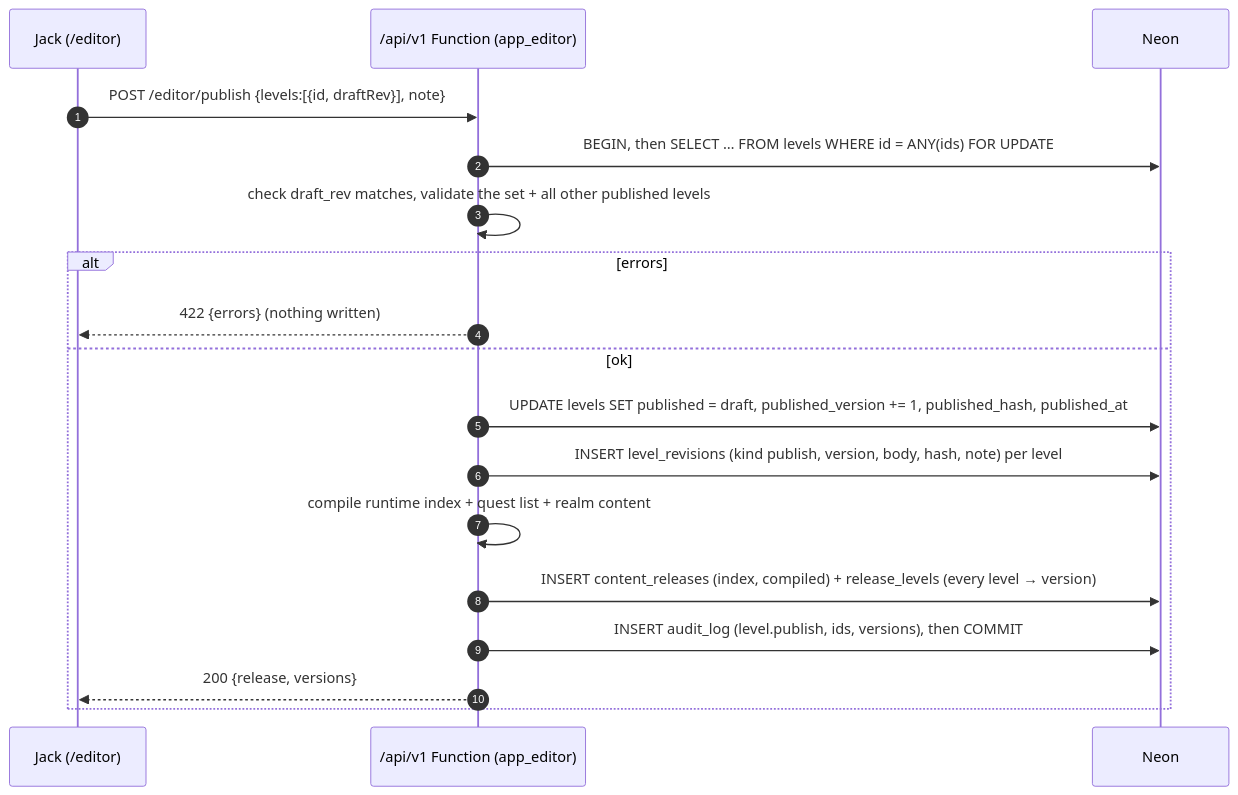
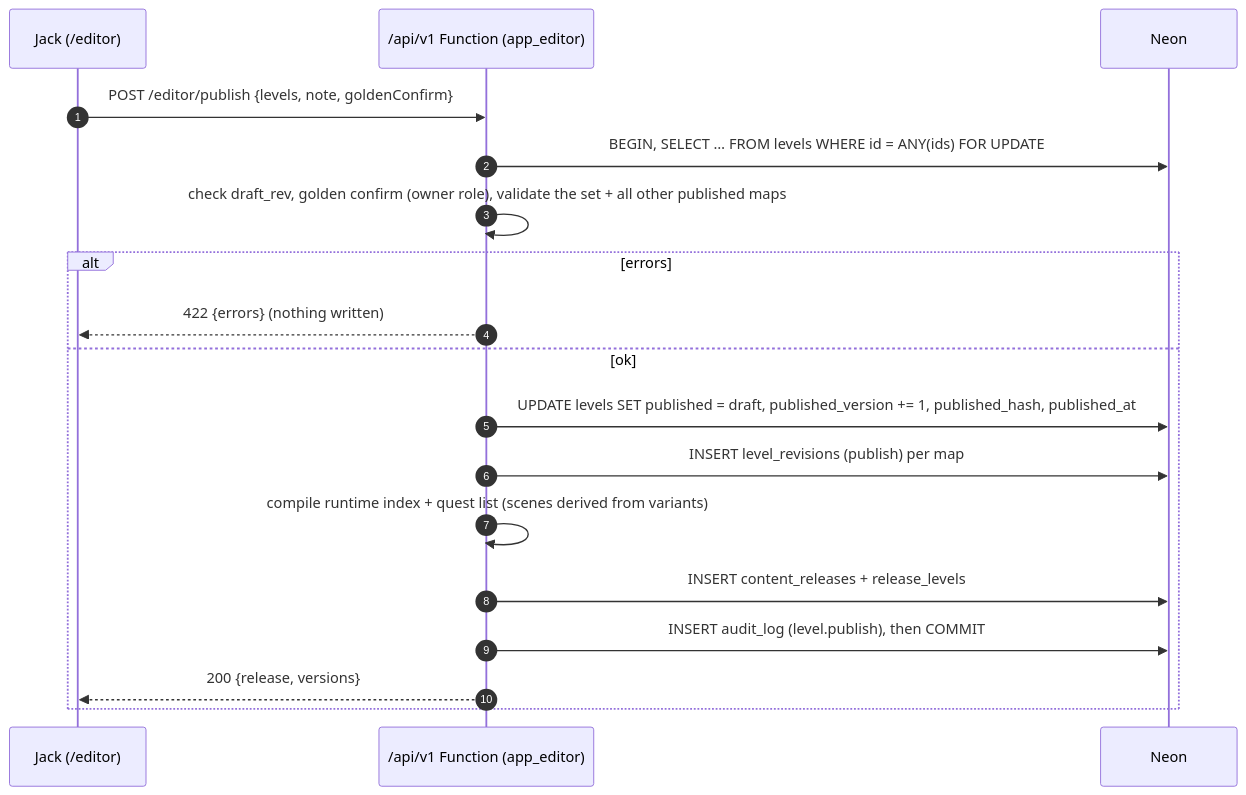
One commit to zenjax7/chinese-rpg changed the fourth of 6 diagrams in docs/tech/level-editor.md. Above: the diagram before and after it, drawn with Mermaid. The commit also changed other lines of this file, not shown here.

````diff
--- a/docs/tech/level-editor.md
+++ b/docs/tech/level-editor.md
@@ -730,20 +620,20 @@
 ```mermaid
 sequenceDiagram
   autonumber
   participant J as Jack (/editor)
   participant F as /api/v1 Function (app_editor)
   participant DB as Neon
-  J->>F: POST /editor/publish {levels:[{id, draftRev}], note}
-  F->>DB: BEGIN, then SELECT … FROM levels WHERE id = ANY(ids) FOR UPDATE
-  F->>F: check draft_rev matches, validate the set + all other published levels
+  J->>F: POST /editor/publish {levels, note, goldenConfirm}
+  F->>DB: BEGIN, SELECT … FROM levels WHERE id = ANY(ids) FOR UPDATE
+  F->>F: check draft_rev, golden confirm (owner role), validate the set + all other published maps
   alt errors
     F-->>J: 422 {errors} (nothing written)
   else ok
     F->>DB: UPDATE levels SET published = draft, published_version += 1, published_hash, published_at
-    F->>DB: INSERT level_revisions (kind publish, version, body, hash, note) per level
-    F->>F: compile runtime index + quest list + realm content
-    F->>DB: INSERT content_releases (index, compiled) + release_levels (every level → version)
-    F->>DB: INSERT audit_log (level.publish, ids, versions), then COMMIT
+    F->>DB: INSERT level_revisions (publish) per map
+    F->>F: compile runtime index + quest list (scenes derived from variants)
+    F->>DB: INSERT content_releases + release_levels
+    F->>DB: INSERT audit_log (level.publish), then COMMIT
     F-->>J: 200 {release, versions}
   end
 ```
````
